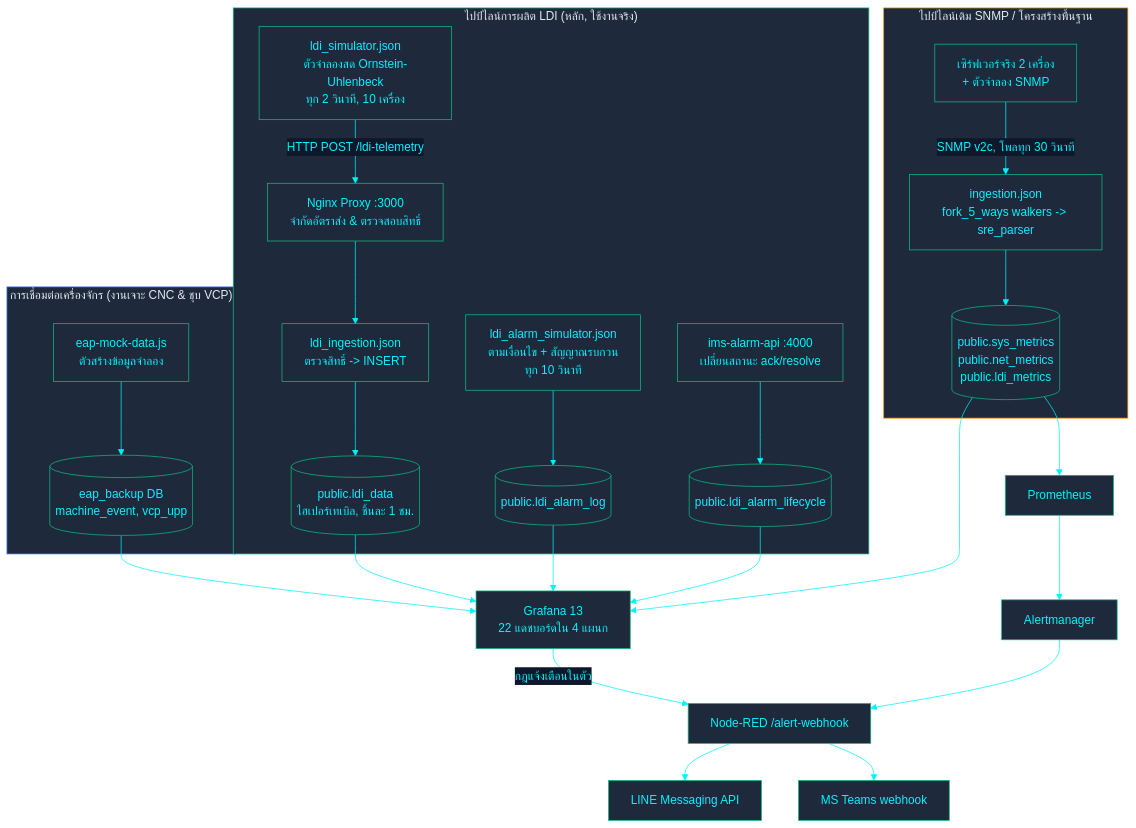
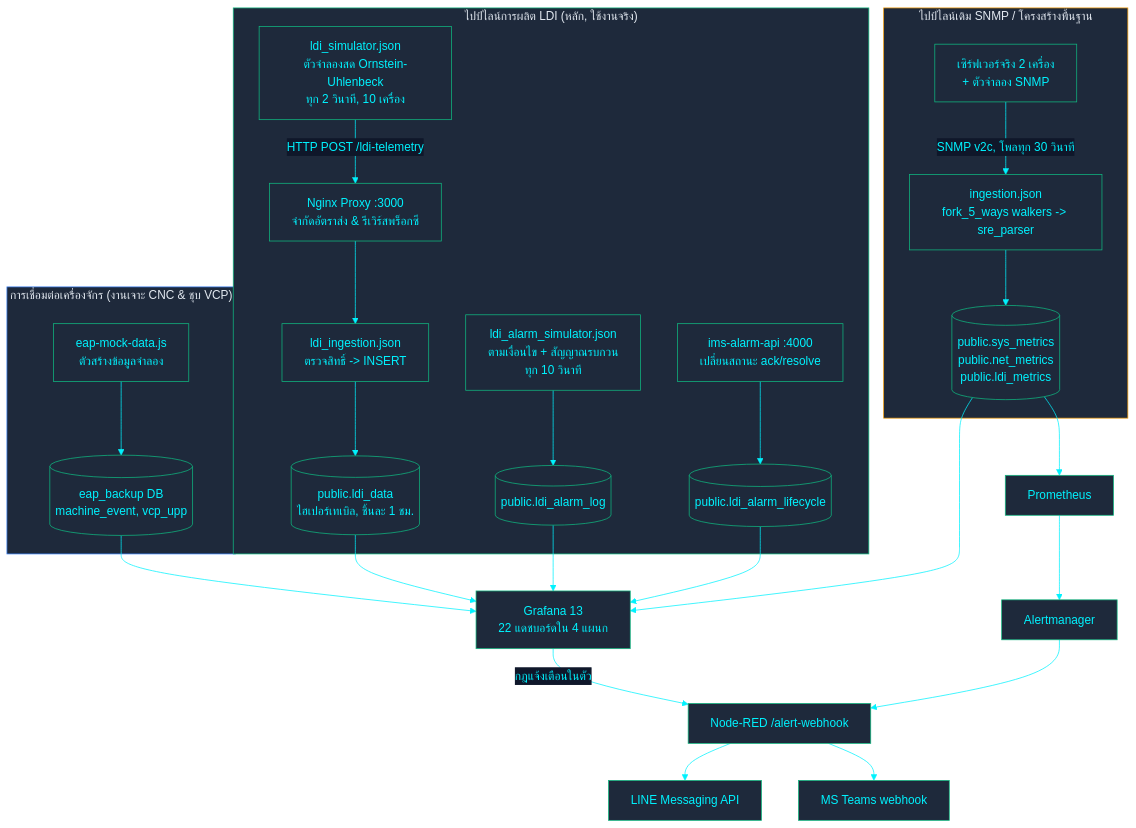
Before and after one commit to PATTANAKORN025/IMS: the diagram in th/docs/architecture/ARCHITECTURE.md, drawn with Mermaid. The commit also changed 30 other files, not shown here.

````diff
--- a/th/docs/architecture/ARCHITECTURE.md
+++ b/th/docs/architecture/ARCHITECTURE.md
@@ -28,35 +28,35 @@
 ```mermaid
 %%{init: {'theme': 'base', 'themeVariables': { 'primaryColor': '#1e293b', 'primaryTextColor': '#00F2FE', 'primaryBorderColor': '#10B981', 'lineColor': '#00F2FE', 'secondaryColor': '#0f172a', 'tertiaryColor': '#0f172a', 'clusterBkg': '#030407', 'clusterBorder': '#00F2FE'}}}%%
 flowchart TB
  subgraph LDI ["ไปป์ไลน์การผลิต LDI (หลัก, ใช้งานจริง)"]
-  SIM["ldi_simulator.json\nตัวจำลองสด Ornstein-Uhlenbeck\nทุก 2 วินาที, 10 เครื่อง"] -->|"HTTP POST /ldi-telemetry"| PROXY["Nginx Proxy :3000\nจำกัดอัตราส่ง & ตรวจสอบสิทธิ์"]
+  SIM["ldi_simulator.json\nตัวจำลองสด Ornstein-Uhlenbeck\nทุก 2 วินาที, 10 เครื่อง"] -->|"HTTP POST /ldi-telemetry"| PROXY["Nginx Proxy :3000\nจำกัดอัตราส่ง & รีเวิร์สพร็อกซี"]
   PROXY --> ING["ldi_ingestion.json\nตรวจสิทธิ์ -> INSERT"]
   ING --> LDIDATA[("public.ldi_data\nไฮเปอร์เทเบิล, ชิ้นละ 1 ชม.")]
   ALMSIM["ldi_alarm_simulator.json\nตามเงื่อนไข + สัญญาณรบกวน\nทุก 10 วินาที"] --> ALARMLOG[("public.ldi_alarm_log")]
   ALARMAPI["ims-alarm-api :4000\nเปลี่ยนสถานะ ack/resolve"] --> ALARMLC[("public.ldi_alarm_lifecycle")]
  end
 
  subgraph LEGACY ["ไปป์ไลน์เดิม SNMP / โครงสร้างพื้นฐาน"]
   DEV["เซิร์ฟเวอร์จริง 2 เครื่อง\n+ ตัวจำลอง SNMP"] -->|"SNMP v2c, โพลทุก 30 วินาที"| NR["ingestion.json\nfork_5_ways walkers -> sre_parser"]
   NR --> SYSMETRICS[("public.sys_metrics\npublic.net_metrics\npublic.ldi_metrics")]
  end
 
  subgraph EAP ["การเชื่อมต่อเครื่องจักร (งานเจาะ CNC & ชุบ VCP)"]
   MOCK["eap-mock-data.js\nตัวสร้างข้อมูลจำลอง"] --> EAPDB[("eap_backup DB\nmachine_event, vcp_upp")]
  end
 
  LDIDATA --> GRAFANA["Grafana 13\n22 แดชบอร์ดใน 4 แผนก"]
  ALARMLOG --> GRAFANA
  ALARMLC --> GRAFANA
  SYSMETRICS --> GRAFANA
  EAPDB --> GRAFANA
  SYSMETRICS --> PROM["Prometheus"]
  GRAFANA -->|"กฎแจ้งเตือนในตัว"| NRWEBHOOK["Node-RED /alert-webhook"]
  PROM --> AM["Alertmanager"] --> NRWEBHOOK
  NRWEBHOOK --> LINE["LINE Messaging API"]
  NRWEBHOOK --> TEAMS["MS Teams webhook"]
 
  style LDI fill:#1e293b,stroke:#10B981,color:#e2e8f0
  style LEGACY fill:#1e293b,stroke:#F59E0B,color:#e2e8f0
  style EAP fill:#1e293b,stroke:#3B82F6,color:#e2e8f0
 ```
````
